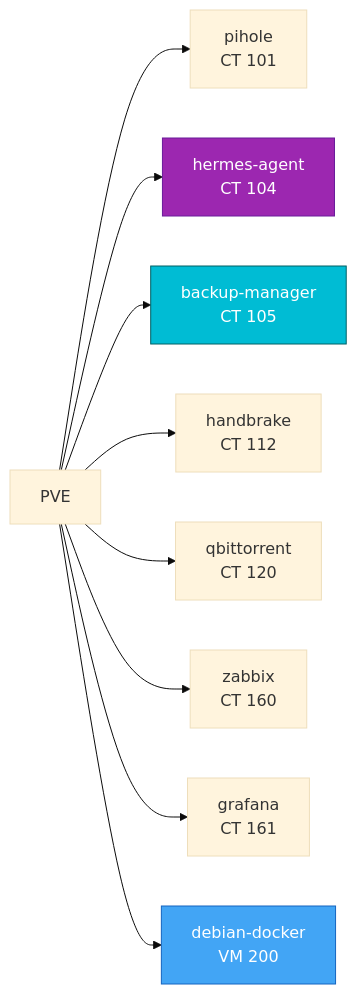
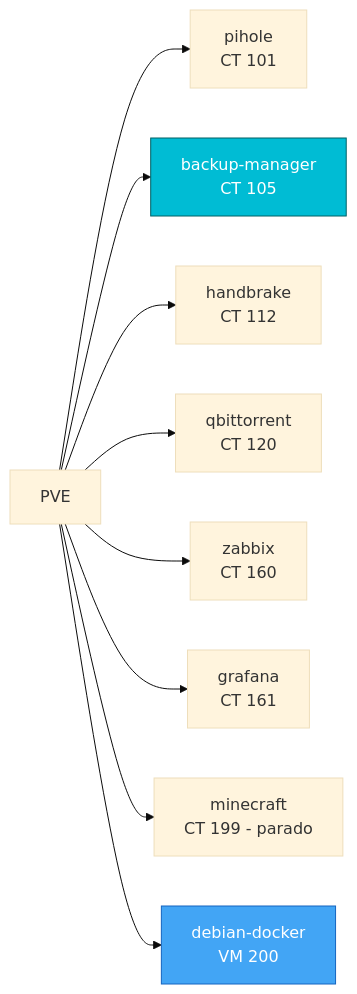
One commit to mviniciusy/vvy-homelab changed the diagram in docs/proxmox-setup.md. Above: the diagram before and after it, drawn with Mermaid (base theme). The commit also changed other lines of this file and 22 other files, not shown here.

````diff
--- a/docs/proxmox-setup.md
+++ b/docs/proxmox-setup.md
@@ -15,16 +15,15 @@
 ```mermaid
 graph LR
     PVE --> LXC101[pihole<br/>CT 101]
    
-    PVE --> LXC104[hermes-agent<br/>CT 104]
     PVE --> LXC105[backup-manager<br/>CT 105]
     PVE --> LXC112[handbrake<br/>CT 112]
     PVE --> LXC120[qbittorrent<br/>CT 120]
     PVE --> LXC160[zabbix<br/>CT 160]
     PVE --> LXC161[grafana<br/>CT 161]
+    PVE --> LXC199[minecraft<br/>CT 199 - parado]
     PVE --> VM200[debian-docker<br/>VM 200]
 
-    style LXC104 fill:#9c27b0,stroke:#6a1b9a,color:#fff
     style LXC105 fill:#00bcd4,stroke:#006064,color:#fff
     style VM200 fill:#42a5f5,stroke:#1565c0,color:#fff
 ```
````
